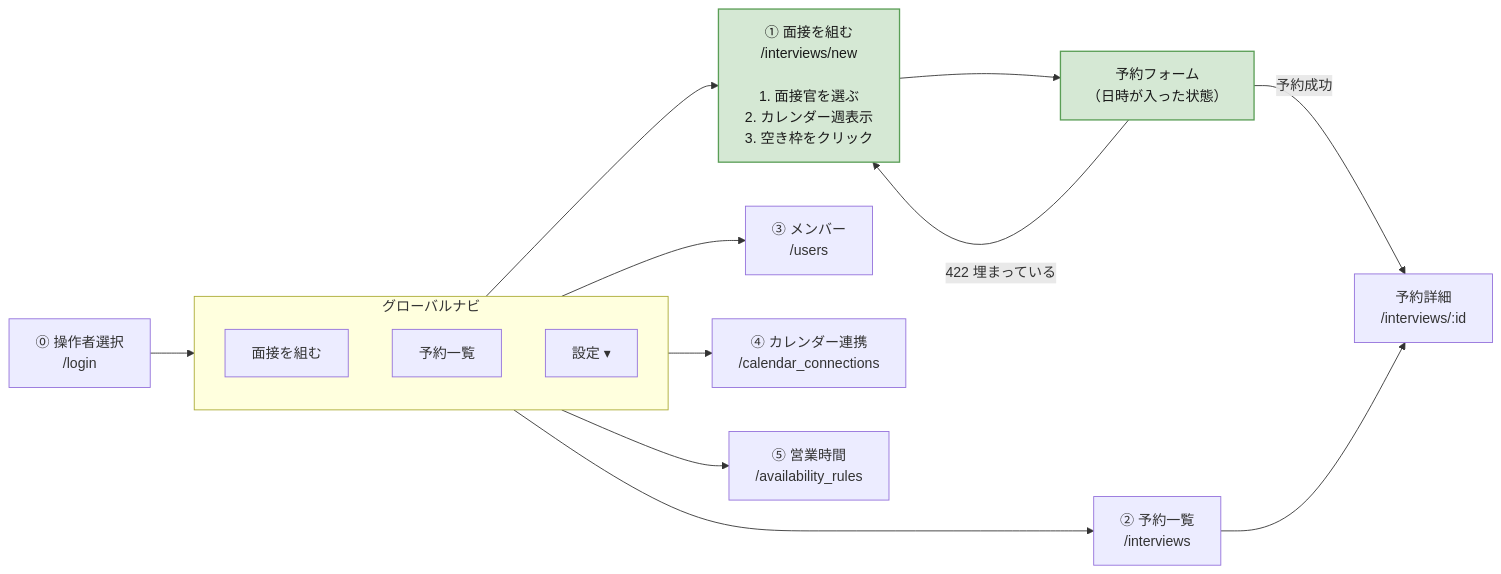
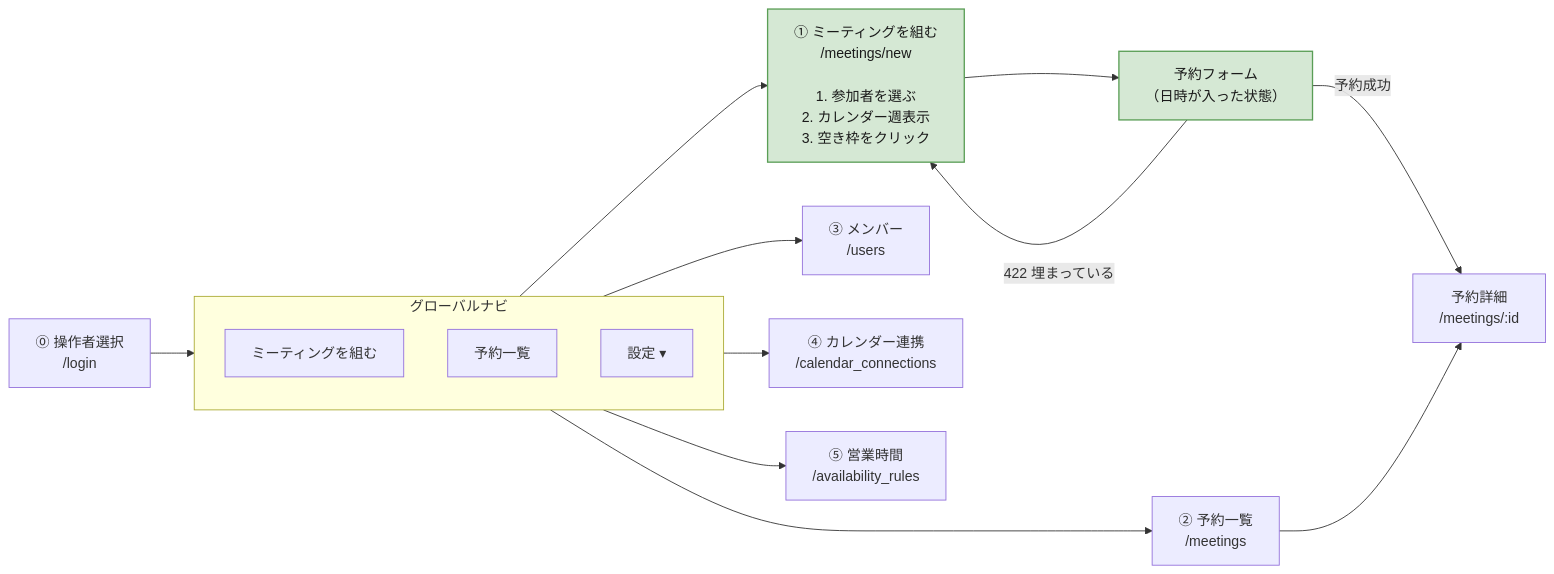
Before and after one commit to yuito-ouchi/interview-scheduler: the fifth of 5 diagrams in docs/仕様書_MVP.md, drawn with Mermaid. The commit also changed other lines of this file and 8 other files, not shown here.

````diff
--- a/docs/仕様書_MVP.md
+++ b/docs/仕様書_MVP.md
@@ -488,25 +490,25 @@
 ```mermaid
 flowchart LR
     L["⓪ 操作者選択<br/>/login"] --> NAV
 
     subgraph NAV["グローバルナビ"]
         direction TB
-        N1["面接を組む"]
+        N1["ミーティングを組む"]
         N2["予約一覧"]
         N3["設定 ▾"]
     end
 
-    N1 --> S1["① 面接を組む<br/>/interviews/new<br/><br/>1. 面接官を選ぶ<br/>2. カレンダー週表示<br/>3. 空き枠をクリック"]
+    N1 --> S1["① ミーティングを組む<br/>/meetings/new<br/><br/>1. 参加者を選ぶ<br/>2. カレンダー週表示<br/>3. 空き枠をクリック"]
     S1 --> S1b["予約フォーム<br/>（日時が入った状態）"]
-    N2 --> S2["② 予約一覧<br/>/interviews"]
+    N2 --> S2["② 予約一覧<br/>/meetings"]
     N3 --> S3["③ メンバー<br/>/users"]
     N3 --> S4["④ カレンダー連携<br/>/calendar_connections"]
     N3 --> S5["⑤ 営業時間<br/>/availability_rules"]
 
-    S1b -->|"予約成功"| S6["予約詳細<br/>/interviews/:id"]
+    S1b -->|"予約成功"| S6["予約詳細<br/>/meetings/:id"]
     S1b -->|"422 埋まっている"| S1
     S2 --> S6
 
     style S1 fill:#D5E8D4,stroke:#5A9E56,stroke-width:1.5px,color:#1A1A1A
     style S1b fill:#D5E8D4,stroke:#5A9E56,stroke-width:1.5px,color:#1A1A1A
 ```
````
